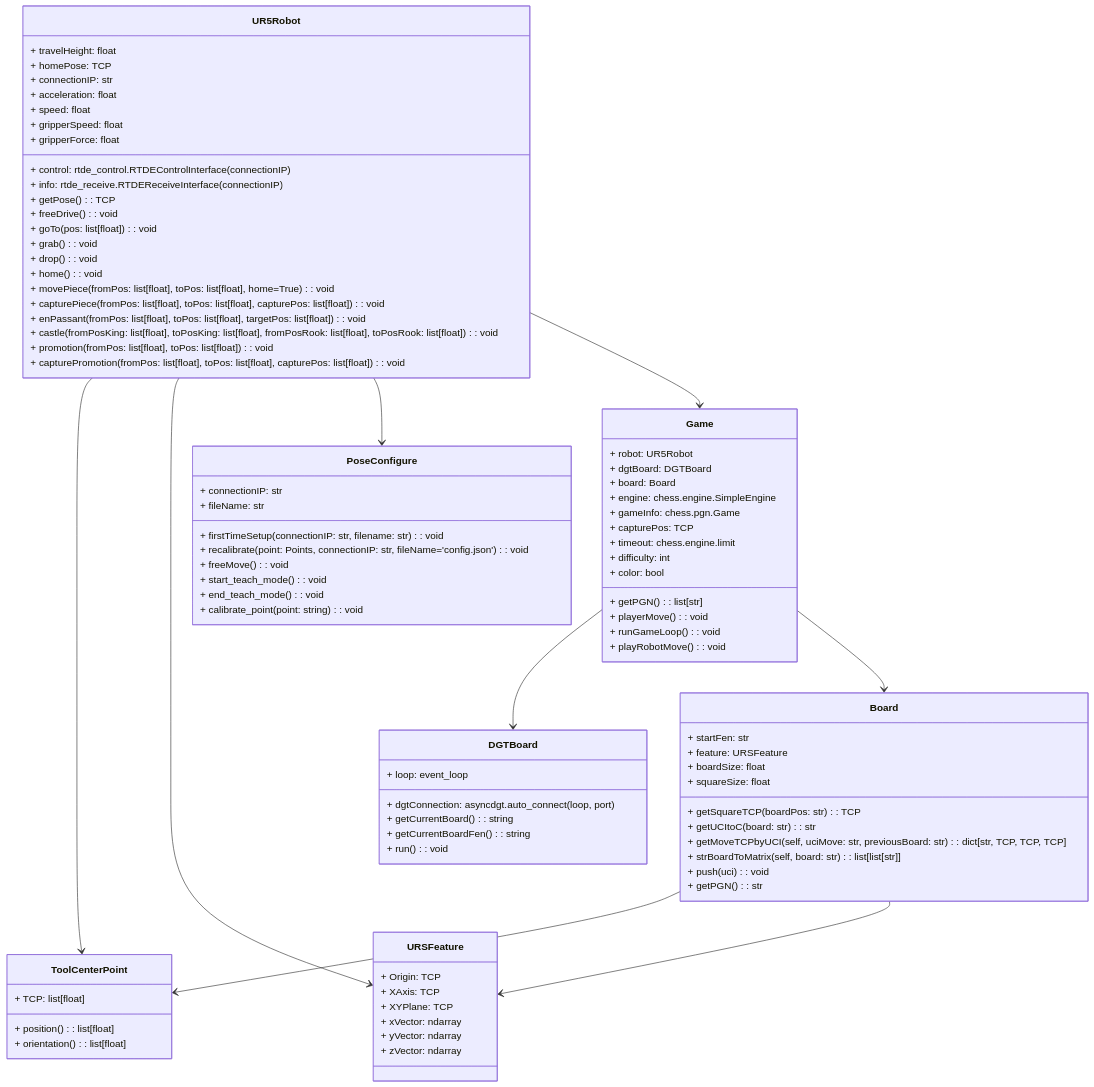
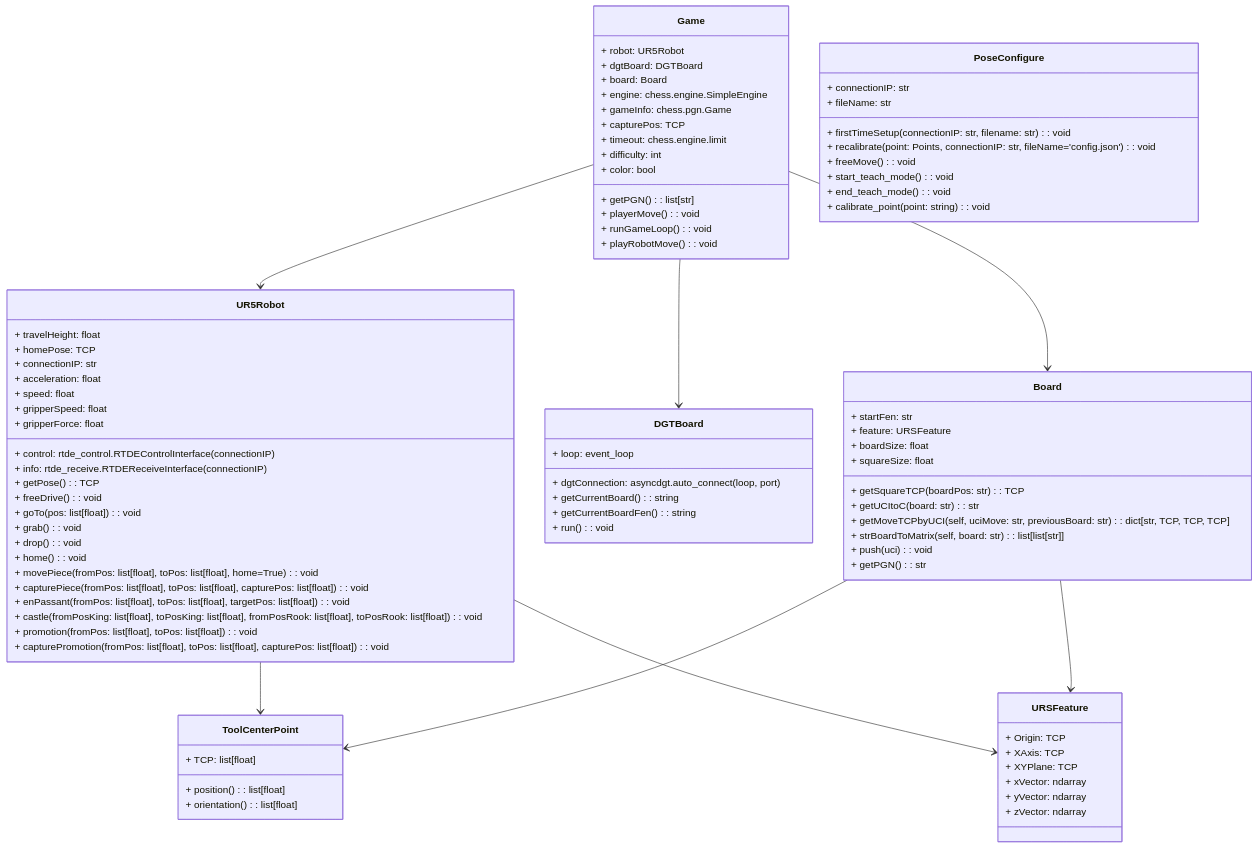
Before and after one commit to marols27/UR5ChessbotRemake: the third of 3 diagrams in README.md, drawn with Mermaid.

````diff
--- a/README.md
+++ b/README.md
@@ -204,10 +204,10 @@
 
     UR5Robot --> ToolCenterPoint
     UR5Robot --> URSFeature
-    UR5Robot --> PoseConfigure
-    UR5Robot --> Game
-    Game --> DGTBoard
-    Game --> Board
     Board --> ToolCenterPoint
     Board --> URSFeature
+    Game --> Board
+    Game --> DGTBoard
+    Game --> UR5Robot
+
 ```
````
